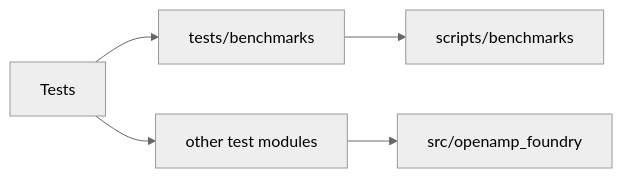
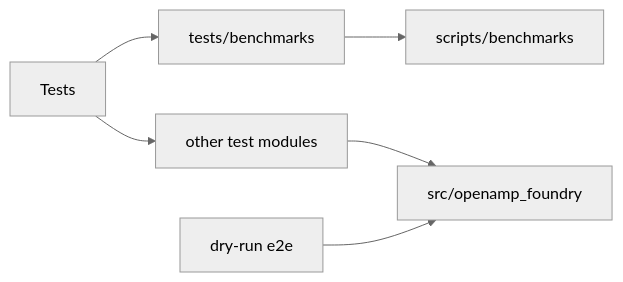
Before and after one commit to Open-Problem-Lab/OpenAMP-Foundry: the second of 3 diagrams in tests/AGENTS.md, drawn with Mermaid (neutral theme). The commit also changed other lines of this file and 3 other files, not shown here.

First line of the commit message:
test: align dry-run smoke test with public APIs

````diff
--- a/tests/AGENTS.md
+++ b/tests/AGENTS.md
@@ -44,7 +49,8 @@
 ```mermaid
 flowchart LR
   Tests --> BenchmarkTests["tests/benchmarks"]
   Tests --> DomainTests["other test modules"]
   BenchmarkTests --> BenchScripts["scripts/benchmarks"]
   DomainTests --> Src["src/openamp_foundry"]
+  E2ETests["dry-run e2e"] --> Src
 ```
````
